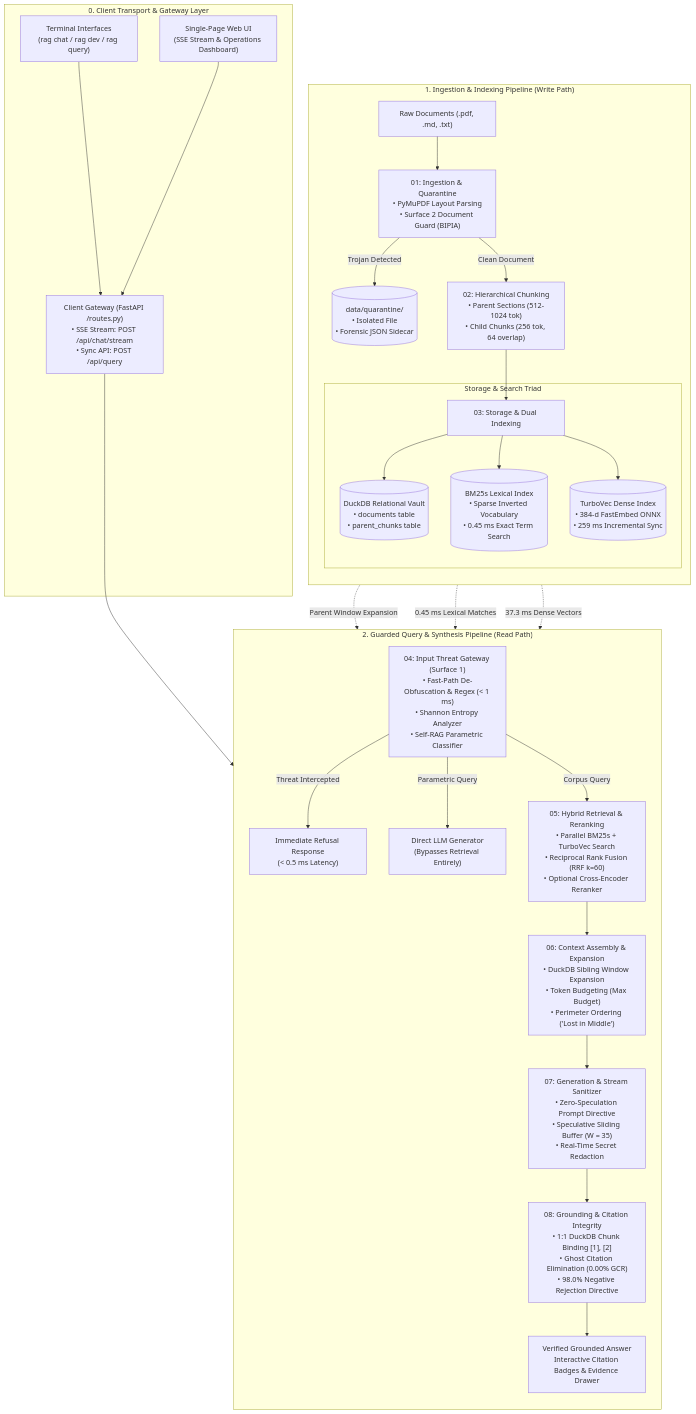
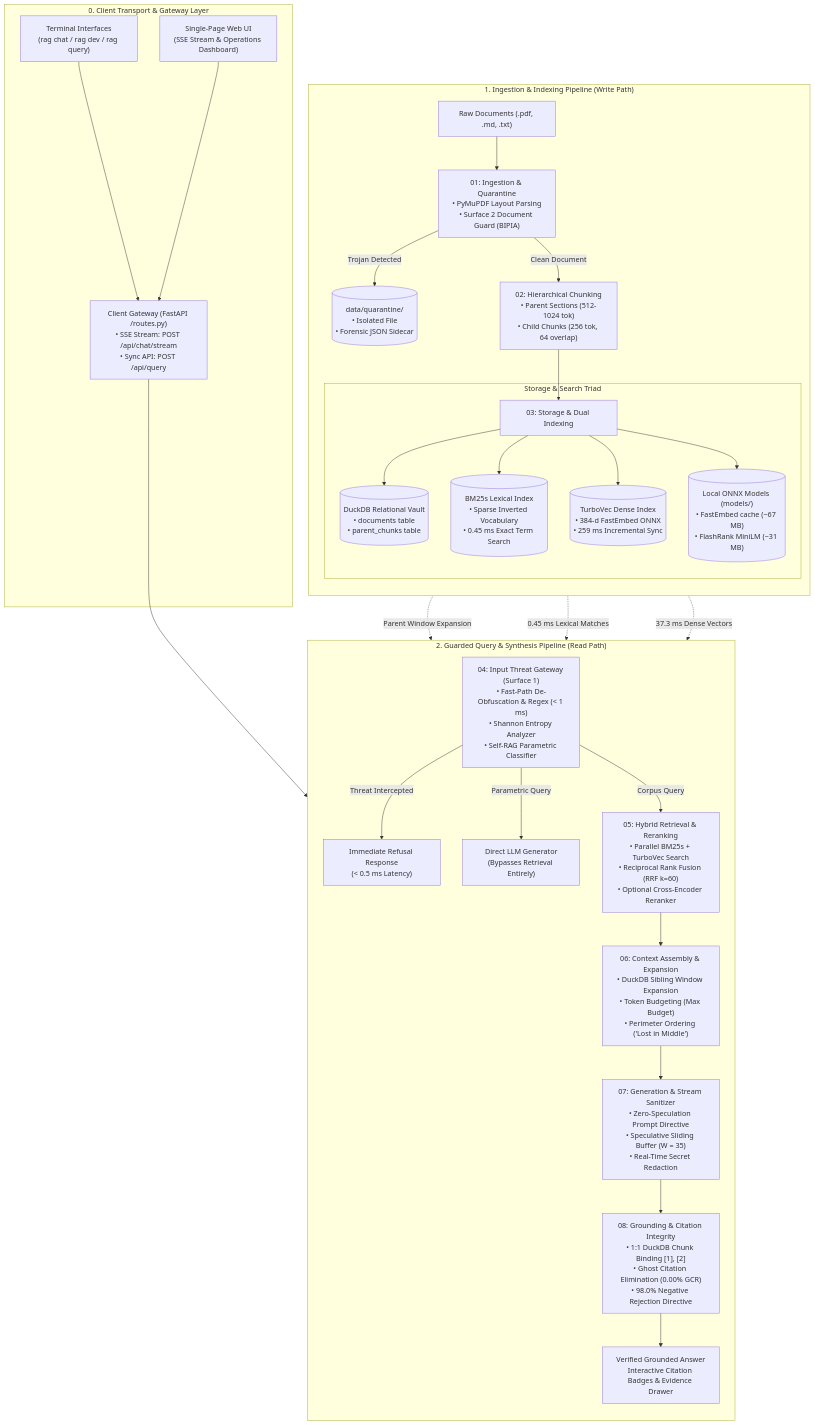
The diagram in notes/arc/00_architecture_overview.md (uehera/RAGnarok), drawn with Mermaid before and after one commit. The commit also changed 11 other files, not shown here.

Commit message:
docs(notes): synchronize developer hubs, architecture blueprints, research reports, and auto-dismiss upload toasts

````diff
--- a/notes/arc/00_architecture_overview.md
+++ b/notes/arc/00_architecture_overview.md
@@ -14,39 +14,40 @@
 ```mermaid
 flowchart TD
     subgraph ClientLayer["0. Client Transport & Gateway Layer"]
         CLI["Terminal Interfaces<br>(rag chat / rag dev / rag query)"]
         WEB["Single-Page Web UI<br>(SSE Stream & Operations Dashboard)"]
         CLI & WEB --> API["Client Gateway (FastAPI /routes.py)<br>• SSE Stream: POST /api/chat/stream<br>• Sync API: POST /api/query"]
     end
 
     subgraph WritePath["1. Ingestion & Indexing Pipeline (Write Path)"]
         direction TB
         RAW["Raw Documents (.pdf, .md, .txt)"] --> S01["01: Ingestion & Quarantine<br>• PyMuPDF Layout Parsing<br>• Surface 2 Document Guard (BIPIA)"]
         S01 -- "Trojan Detected" --> QUA[("data/quarantine/<br>• Isolated File<br>• Forensic JSON Sidecar")]
         S01 -- "Clean Document" --> S02["02: Hierarchical Chunking<br>• Parent Sections (512-1024 tok)<br>• Child Chunks (256 tok, 64 overlap)"]
         S02 --> S03["03: Storage & Dual Indexing"]
         
         subgraph StorageEngines["Storage & Search Triad"]
             S03 --> DDB[("DuckDB Relational Vault<br>• documents table<br>• parent_chunks table")]
             S03 --> BM25[("BM25s Lexical Index<br>• Sparse Inverted Vocabulary<br>• 0.45 ms Exact Term Search")]
             S03 --> TVEC[("TurboVec Dense Index<br>• 384-d FastEmbed ONNX<br>• 259 ms Incremental Sync")]
+            S03 --> MDL[("Local ONNX Models (models/)<br>• FastEmbed cache (~67 MB)<br>• FlashRank MiniLM (~31 MB)")]
         end
     end
 
     subgraph ReadPath["2. Guarded Query & Synthesis Pipeline (Read Path)"]
         direction TB
         API --> S04["04: Input Threat Gateway (Surface 1)<br>• Fast-Path De-Obfuscation & Regex (&lt; 1 ms)<br>• Shannon Entropy Analyzer<br>• Self-RAG Parametric Classifier"]
         S04 -- "Threat Intercepted" --> REF["Immediate Refusal Response<br>(&lt; 0.5 ms Latency)"]
         S04 -- "Parametric Query" --> LLM_DIR["Direct LLM Generator<br>(Bypasses Retrieval Entirely)"]
         S04 -- "Corpus Query" --> S05["05: Hybrid Retrieval & Reranking<br>• Parallel BM25s + TurboVec Search<br>• Reciprocal Rank Fusion (RRF k=60)<br>• Optional Cross-Encoder Reranker"]
         
         S05 --> S06["06: Context Assembly & Expansion<br>• DuckDB Sibling Window Expansion<br>• Token Budgeting (Max Budget)<br>• Perimeter Ordering ('Lost in Middle')"]
         S06 --> S07["07: Generation & Stream Sanitizer<br>• Zero-Speculation Prompt Directive<br>• Speculative Sliding Buffer (W = 35)<br>• Real-Time Secret Redaction"]
         S07 --> S08["08: Grounding & Citation Integrity<br>• 1:1 DuckDB Chunk Binding [1], [2]<br>• Ghost Citation Elimination (0.00% GCR)<br>• 98.0% Negative Rejection Directive"]
         S08 --> OUT["Verified Grounded Answer<br>Interactive Citation Badges & Evidence Drawer"]
     end
 
     DDB -. "Parent Window Expansion" .-> S06
     BM25 -. "0.45 ms Lexical Matches" .-> S05
     TVEC -. "37.3 ms Dense Vectors" .-> S05
 ```
````
